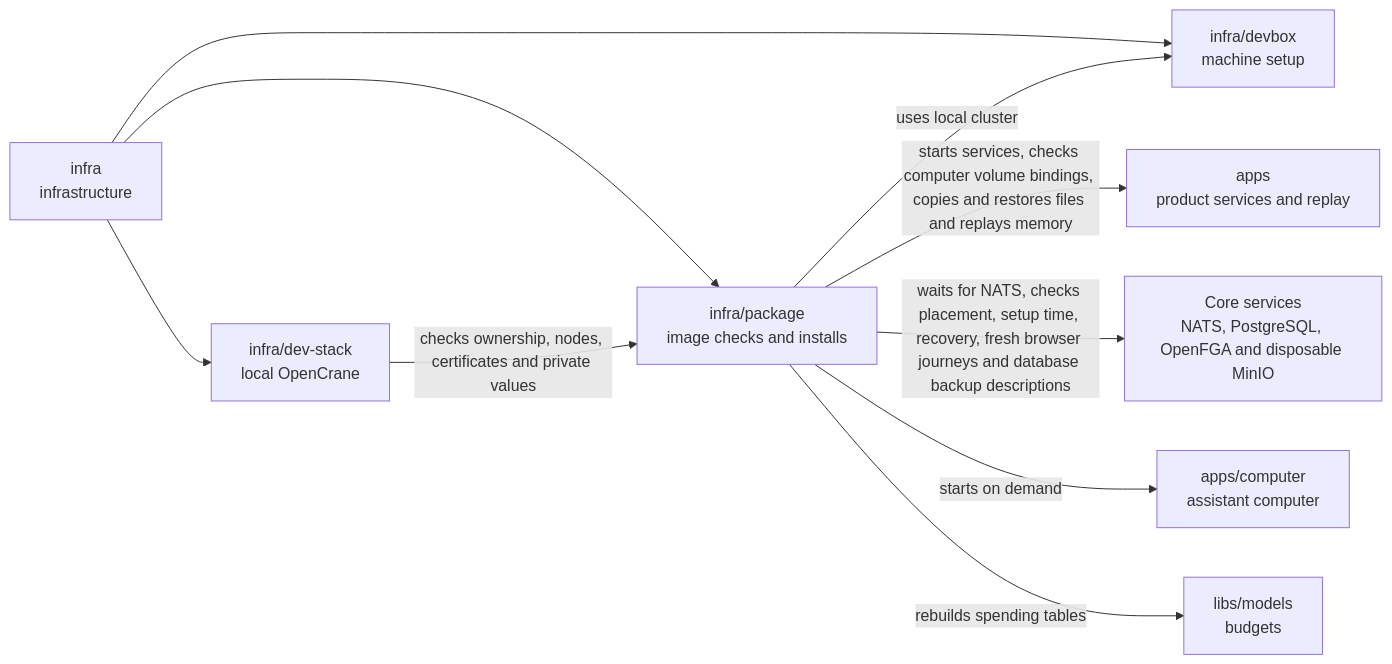
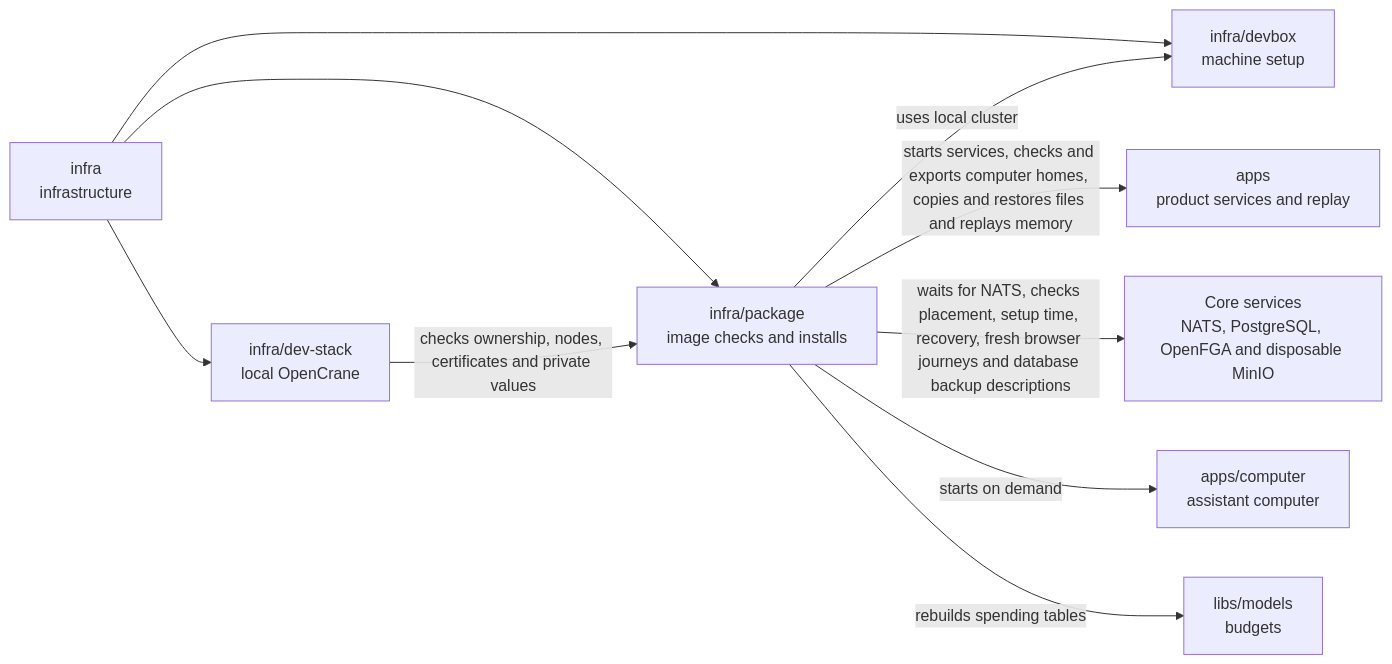
One commit to elewa-git/opencrane-new changed the diagram in infra/package/README.md. Above: the diagram before and after it, drawn with Mermaid. The commit also changed other lines of this file and 6 other files, not shown here.

````diff
--- a/infra/package/README.md
+++ b/infra/package/README.md
@@ -19,12 +19,12 @@
 ```mermaid
 flowchart LR
   infra["infra<br/>infrastructure"] --> package["infra/package<br/>image checks and installs"]
   infra --> stack["infra/dev-stack<br/>local OpenCrane"]
   infra --> devbox["infra/devbox<br/>machine setup"]
   stack -->|checks ownership, nodes, certificates and private values| package
   package -->|uses local cluster| devbox
-  package -->|starts services, checks computer volume bindings, copies and restores files and replays memory| apps["apps<br/>product services and replay"]
+  package -->|starts services, checks and exports computer homes, copies and restores files and replays memory| apps["apps<br/>product services and replay"]
   package -->|waits for NATS, checks placement, setup time, recovery, fresh browser journeys and database backup descriptions| services["Core services<br/>NATS, PostgreSQL, OpenFGA and disposable MinIO"]
   package -->|starts on demand| computer["apps/computer<br/>assistant computer"]
   package -->|rebuilds spending tables| models["libs/models<br/>budgets"]
 ```
````
